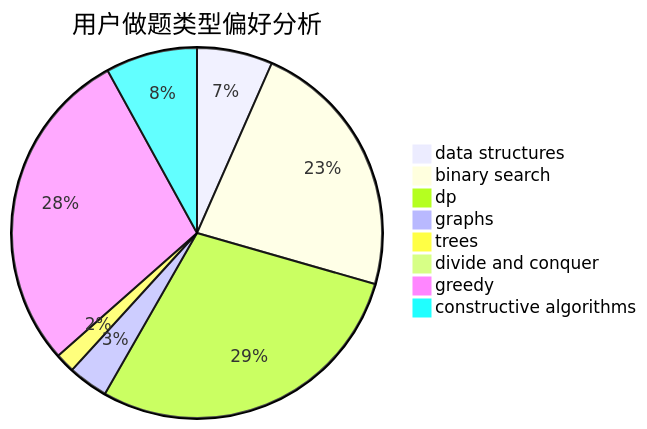
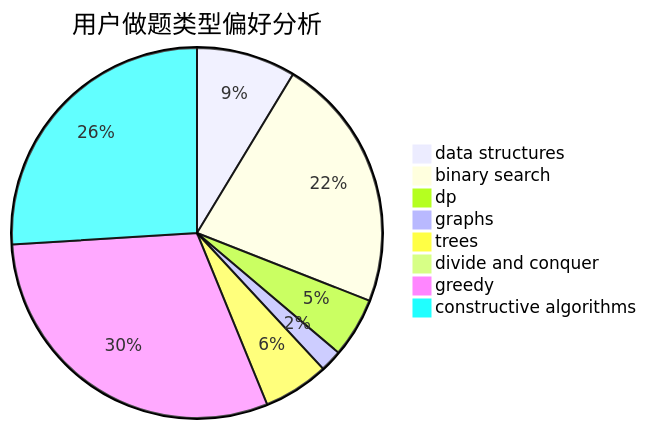
One commit to sherpahu/cfrs.github.io changed the second of 3 diagrams in docs/user/u1976.md. Above: the diagram before and after it, drawn with Mermaid. The commit also changed other lines of this file and 2770 other files, not shown here.

````diff
--- a/docs/user/u1976.md
+++ b/docs/user/u1976.md
@@ -23,11 +23,11 @@
 ```mermaid
 pie title 用户做题类型偏好分析
-    "data structures" :  85
-    "binary search" :  294
-    "dp" :  371
-    "graphs" :  45
-    "trees" :  22
-    "divide and conquer" :  4
-    "greedy" :  367
-    "constructive algorithms" :  103
+    "data structures" :  68
+    "binary search" :  175
+    "dp" :  41
+    "graphs" :  15
+    "trees" :  45
+    "divide and conquer" :  5
+    "greedy" :  237
+    "constructive algorithms" :  204
 ```
````
